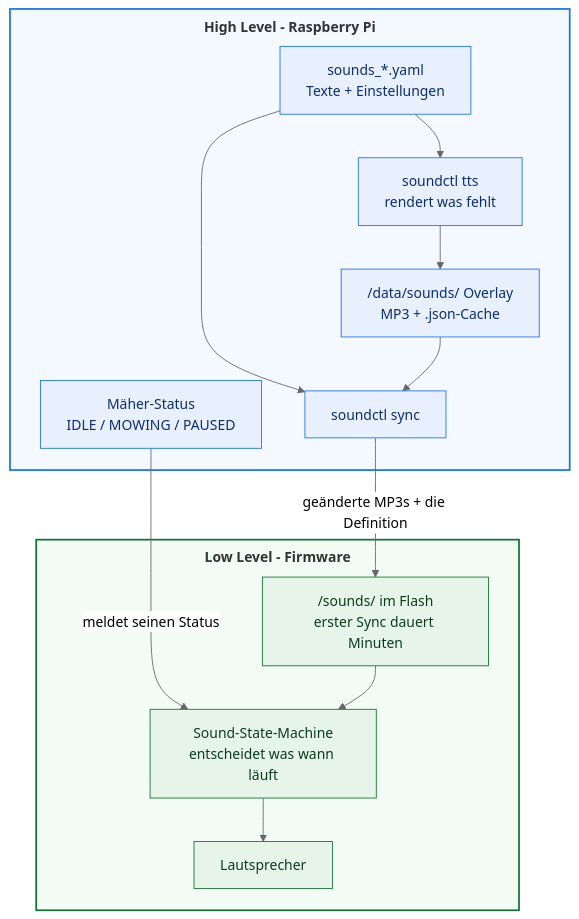
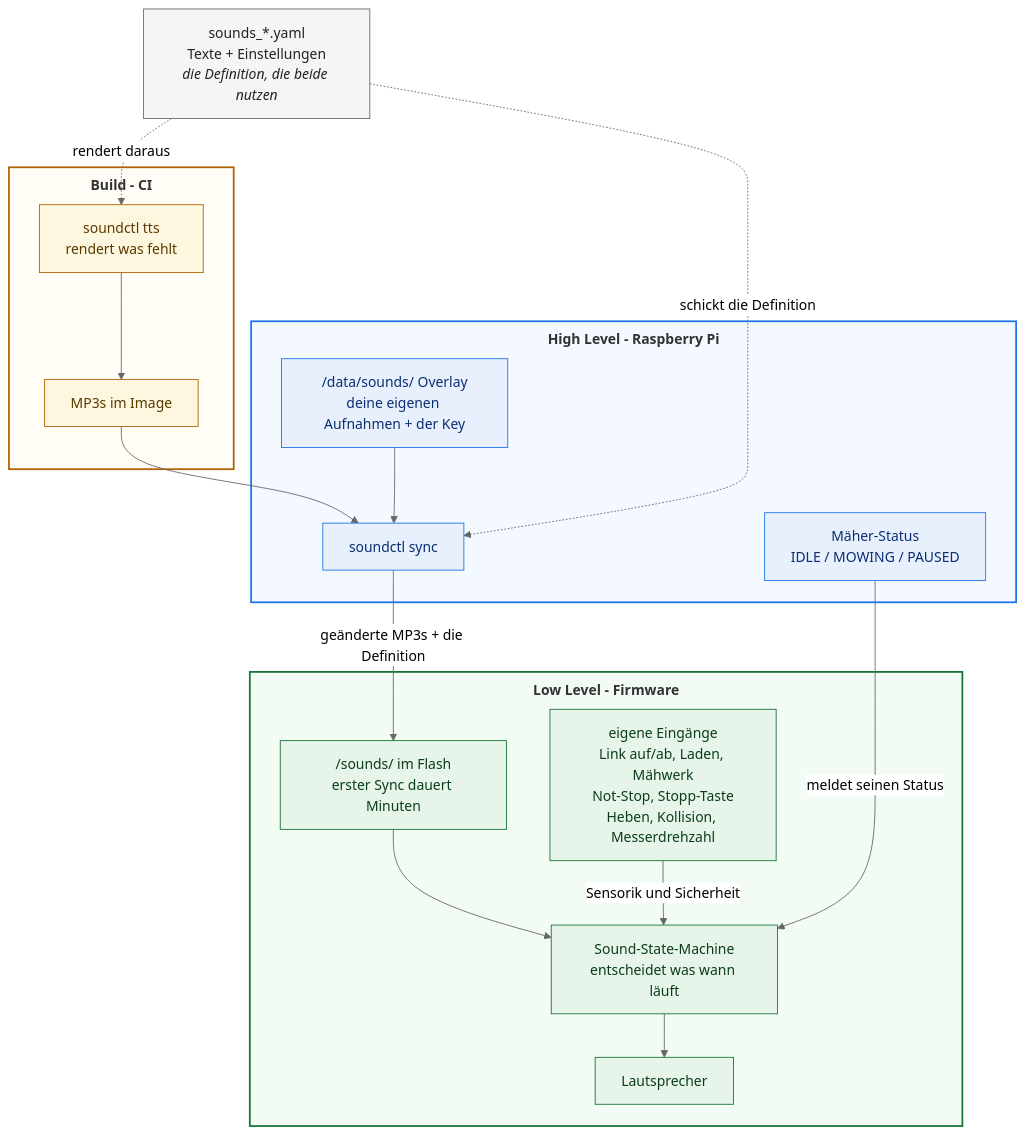
One commit to ClemensElflein/openmower.de changed the diagram in content/de/docs/Knowledge-Base/configuration/sound/index.md. Above: the diagram before and after it, drawn with Mermaid (neutral theme). The commit also changed other lines of this file and 1 other file, not shown here.

Commit message:
docs(sound): make the definition a source above the levels, not a high-level step
The diagram had sounds_*.yaml inside the high-level box with a solid arrow into
the build block and another one back, which read as "the Pi orders the CI to
render and gets the audio back". The definition is a source both sides use, so
it is now its own node above the levels, connected with dotted edges (reads
from) while solid edges keep meaning data flow.

The MP3 node is split for the same reason: the build produces the files in the
image, the high level only has its own overlay (recordings and the API key).

````diff
--- a/content/de/docs/Knowledge-Base/configuration/sound/index.md
+++ b/content/de/docs/Knowledge-Base/configuration/sound/index.md
@@ -44,30 +44,41 @@
 ```mermaid
 %%{init: {"flowchart": {"subGraphTitleMargin": {"top": 8, "bottom": 10}}}}%%
 flowchart TD
+    Y["sounds_*.yaml<br/>Texte + Einstellungen<br/><i>die Definition, die beide nutzen</i>"]
+    subgraph BUILD["<b>Build - CI</b>"]
+        T["soundctl tts<br/>rendert was fehlt"]
+        O["MP3s im Image"]
+    end
     subgraph HL["<b>High Level - Raspberry Pi</b>"]
-        Y["sounds_*.yaml<br/>Texte + Einstellungen"]
-        T["soundctl tts<br/>rendert was fehlt"]
-        O["/data/sounds/ Overlay<br/>MP3 + .json-Cache"]
+        OV["/data/sounds/ Overlay<br/>deine eigenen Aufnahmen + der Key"]
         S["soundctl sync"]
         R["Mäher-Status<br/>IDLE / MOWING / PAUSED"]
     end
     subgraph LL["<b>Low Level - Firmware</b>"]
         F["/sounds/ im Flash<br/>erster Sync dauert Minuten"]
+        IN["eigene Eingänge<br/>Link auf/ab, Laden, Mähwerk<br/>Not-Stop, Stopp-Taste<br/>Heben, Kollision, Messerdrehzahl"]
         M["Sound-State-Machine<br/>entscheidet was wann läuft"]
         P["Lautsprecher"]
     end
-    Y --> T
+    Y -.->|"rendert daraus"| T
+    Y -.->|"schickt die Definition"| S
     T --> O
-    Y --> S
     O --> S
+    OV --> S
     S -->|"geänderte MP3s + die Definition"| F
     R -->|"meldet seinen Status"| M
+    IN -->|"Sensorik und Sicherheit"| M
     F --> M
     M --> P
+    classDef src fill:#f5f5f5,stroke:#666666,color:#222222
+    classDef build fill:#fef7e0,stroke:#b06000,color:#5b3a00
     classDef hl fill:#e8f0fe,stroke:#1a73e8,color:#0b2e6f
     classDef ll fill:#e6f4ea,stroke:#137333,color:#0b3d1c
-    class Y,T,O,S,R hl
-    class F,M,P ll
+    class Y src
+    class T,O build
+    class OV,S,R hl
+    class F,IN,M,P ll
+    style BUILD fill:#fffdf5,stroke:#b06000,stroke-width:2px
     style HL fill:#f4f8ff,stroke:#1a73e8,stroke-width:2px
     style LL fill:#f3fbf5,stroke:#137333,stroke-width:2px
 ```
````
